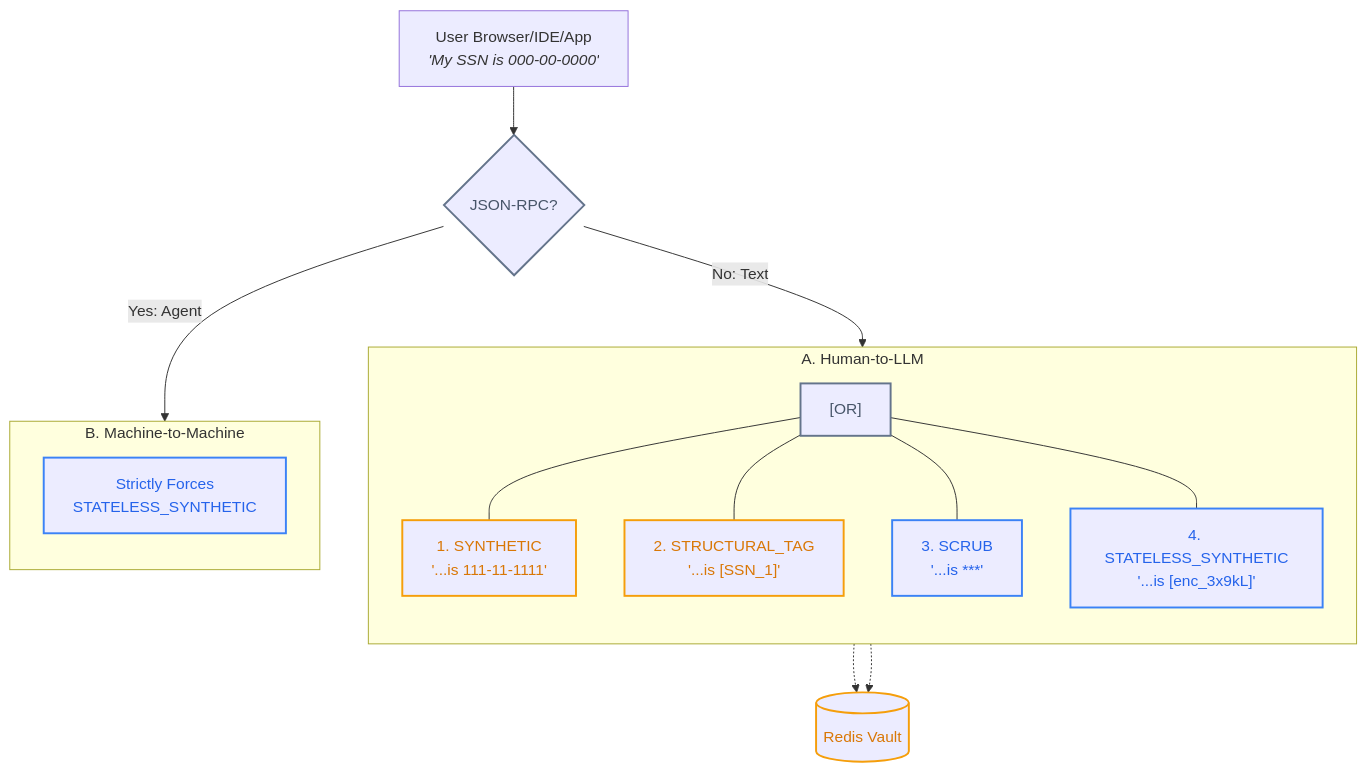
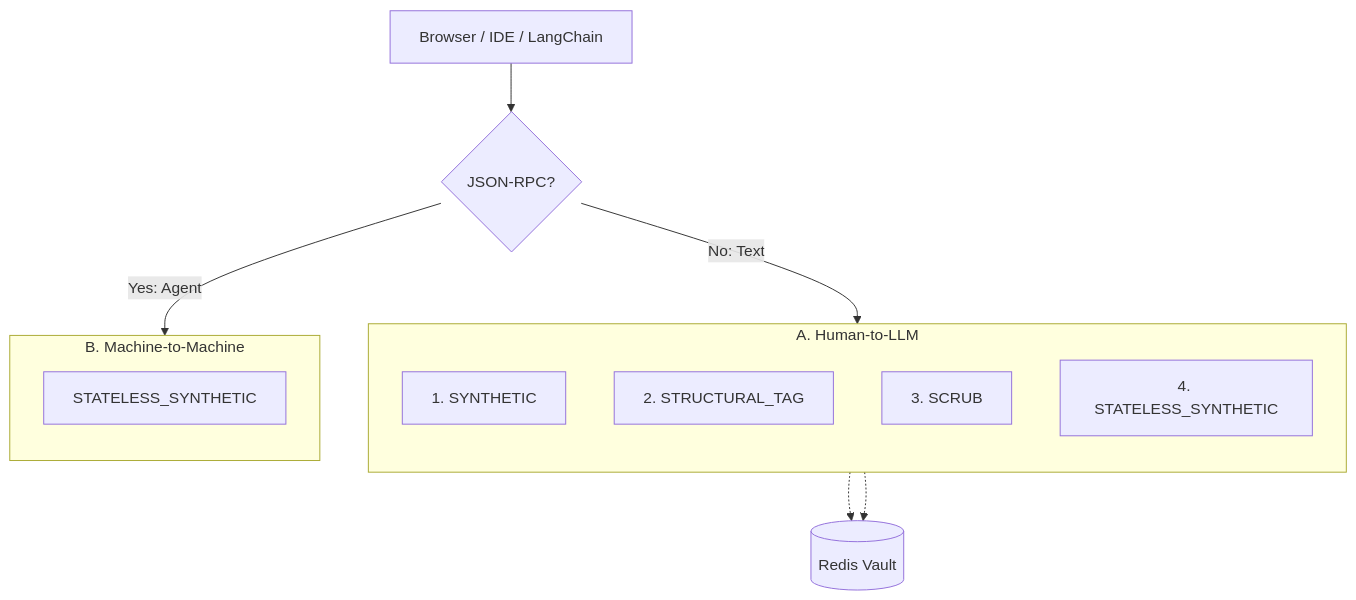
The first of 2 diagrams in README.md (ninadphalak/LLM-Shield-Proxy), drawn with Mermaid before and after one commit. The commit also changed other lines of this file and 3 other files, not shown here.

Commit message:
docs: streamline mermaid diagrams and remove hardcoded styling

````diff
--- a/README.md
+++ b/README.md
@@ -38,33 +38,23 @@
 ```mermaid
 flowchart TD
-    classDef stateful stroke:#f59e0b,stroke-width:2px,color:#d97706
-    classDef stateless stroke:#3b82f6,stroke-width:2px,color:#2563eb
-    classDef router stroke:#64748b,stroke-width:2px,color:#475569
-
-    Client["User Browser/IDE/App<br/><i>'My SSN is 000-00-0000'</i>"] --> Router{"JSON-RPC?"}:::router
+    Client["Browser / IDE / LangChain"] --> Router{"JSON-RPC?"}
+    
+    Router -->|No: Text| SubA
+    Router -->|Yes: Agent| SubB
     
     subgraph SubA [A. Human-to-LLM]
         direction TB
-        Or["[OR]"]:::router
-        Syn["1. SYNTHETIC<br/>'...is 111-11-1111'"]:::stateful
-        Tag["2. STRUCTURAL_TAG<br/>'...is [SSN_1]'"]:::stateful
-        Scrub["3. SCRUB<br/>'...is ***'"]:::stateless
-        CryptoA["4. STATELESS_SYNTHETIC<br/>'...is [enc_3x9kL]'"]:::stateless
-        
-        Or --- Syn
-        Or --- Tag
-        Or --- Scrub
-        Or --- CryptoA
+        Syn["1. SYNTHETIC"]
+        Tag["2. STRUCTURAL_TAG"]
+        Scrub["3. SCRUB"]
+        CryptoA["4. STATELESS_SYNTHETIC"]
     end
 
     subgraph SubB [B. Machine-to-Machine]
         direction TB
-        CryptoB["Strictly Forces<br/>STATELESS_SYNTHETIC"]:::stateless
+        CryptoB["STATELESS_SYNTHETIC"]
     end
     
-    Router -->|No: Text| SubA
-    Router -->|Yes: Agent| SubB
-    
-    Syn -.-> Redis[(Redis Vault)]:::stateful
+    Syn -.-> Redis[(Redis Vault)]
     Tag -.-> Redis
 ```
````
